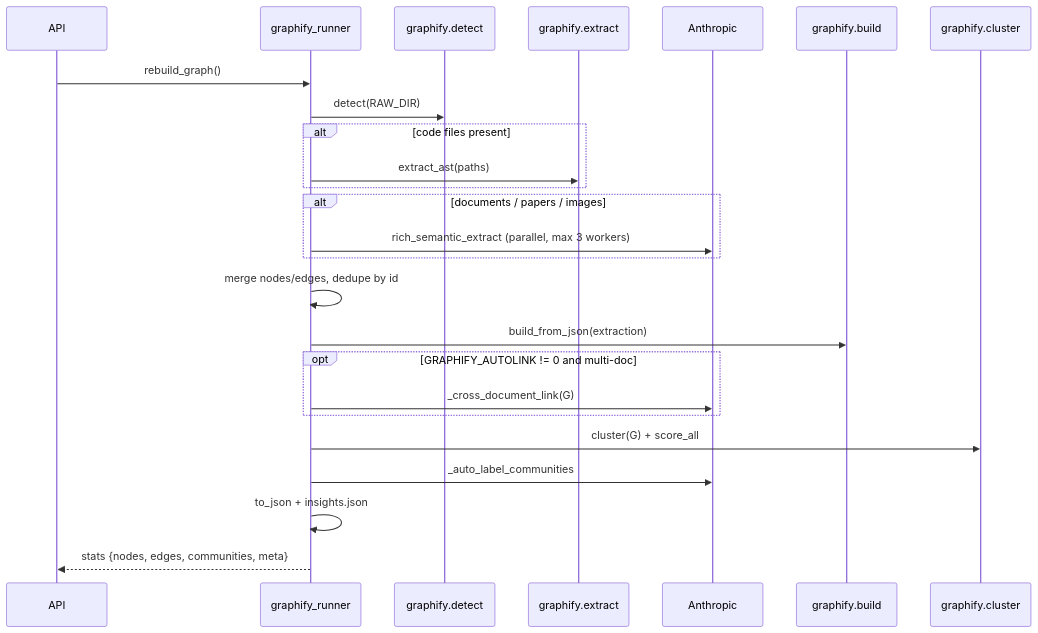
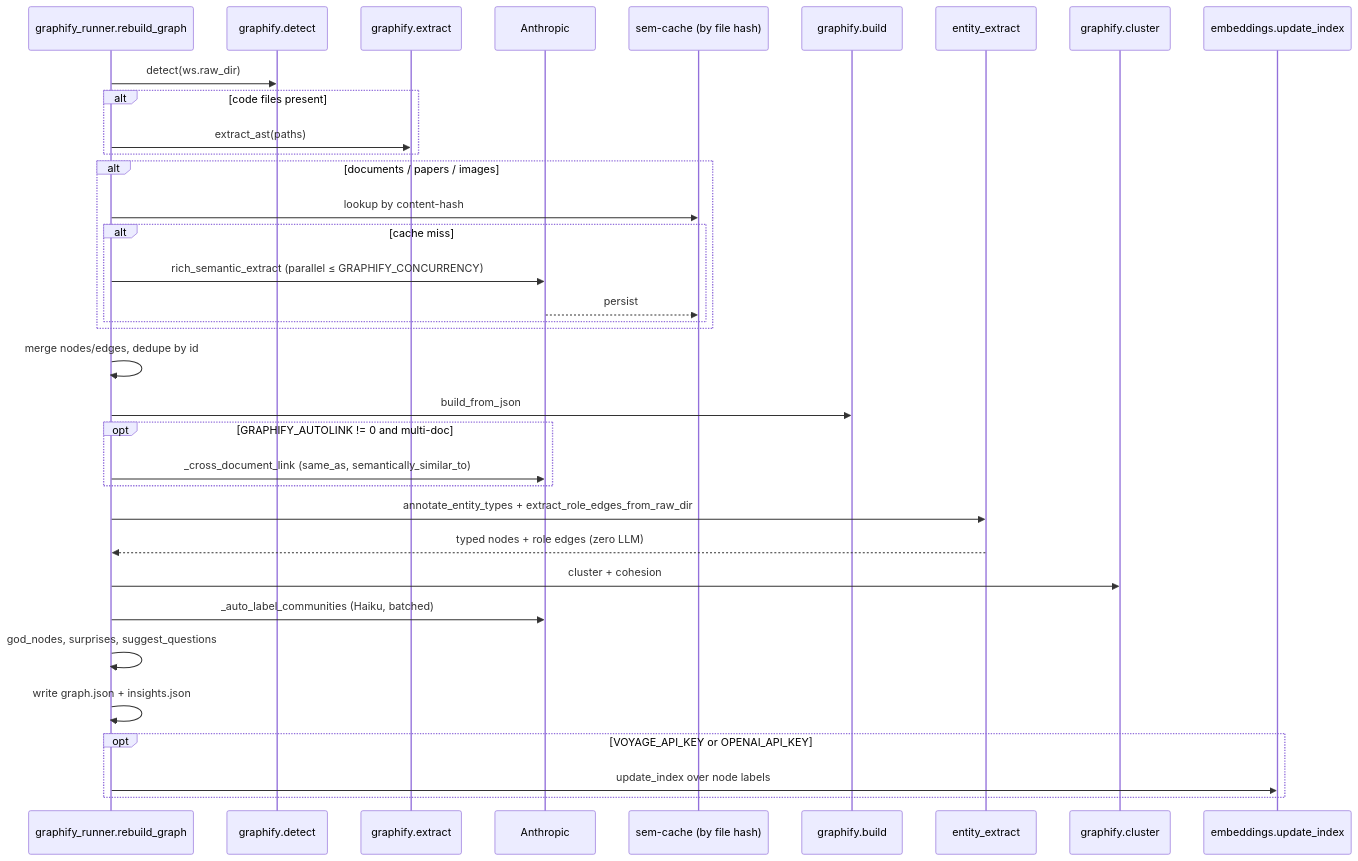
The fifth of 6 diagrams in ARCHITECTURE.md (appfire-team/inno-brain), drawn with Mermaid before and after one commit. The commit also changed other lines of this file and 3 other files, not shown here.

First line of the commit message:
docs: refresh README + ARCHITECTURE; fix stale app/ paths

````diff
--- a/ARCHITECTURE.md
+++ b/ARCHITECTURE.md
@@ -257,28 +355,38 @@
 ```mermaid
 sequenceDiagram
-    participant API
-    participant Runner as graphify_runner
+    participant Runner as graphify_runner.rebuild_graph
     participant Detect as graphify.detect
     participant AST as graphify.extract
     participant Claude as Anthropic
+    participant Cache as sem-cache (by file hash)
     participant Build as graphify.build
+    participant EE as entity_extract
     participant Cluster as graphify.cluster
+    participant Emb as embeddings.update_index
 
-    API->>Runner: rebuild_graph()
-    Runner->>Detect: detect(RAW_DIR)
+    Runner->>Detect: detect(ws.raw_dir)
     alt code files present
         Runner->>AST: extract_ast(paths)
     end
     alt documents / papers / images
-        Runner->>Claude: rich_semantic_extract (parallel, max 3 workers)
+        Runner->>Cache: lookup by content-hash
+        alt cache miss
+            Runner->>Claude: rich_semantic_extract (parallel ≤ GRAPHIFY_CONCURRENCY)
+            Claude-->>Cache: persist
+        end
     end
     Runner->>Runner: merge nodes/edges, dedupe by id
-    Runner->>Build: build_from_json(extraction)
+    Runner->>Build: build_from_json
     opt GRAPHIFY_AUTOLINK != 0 and multi-doc
-        Runner->>Claude: _cross_document_link(G)
+        Runner->>Claude: _cross_document_link (same_as, semantically_similar_to)
     end
-    Runner->>Cluster: cluster(G) + score_all
-    Runner->>Claude: _auto_label_communities
-    Runner->>Runner: to_json + insights.json
-    Runner-->>API: stats {nodes, edges, communities, meta}
+    Runner->>EE: annotate_entity_types + extract_role_edges_from_raw_dir
+    EE-->>Runner: typed nodes + role edges (zero LLM)
+    Runner->>Cluster: cluster + cohesion
+    Runner->>Claude: _auto_label_communities (Haiku, batched)
+    Runner->>Runner: god_nodes, surprises, suggest_questions
+    Runner->>Runner: write graph.json + insights.json
+    opt VOYAGE_API_KEY or OPENAI_API_KEY
+        Runner->>Emb: update_index over node labels
+    end
 ```
````
